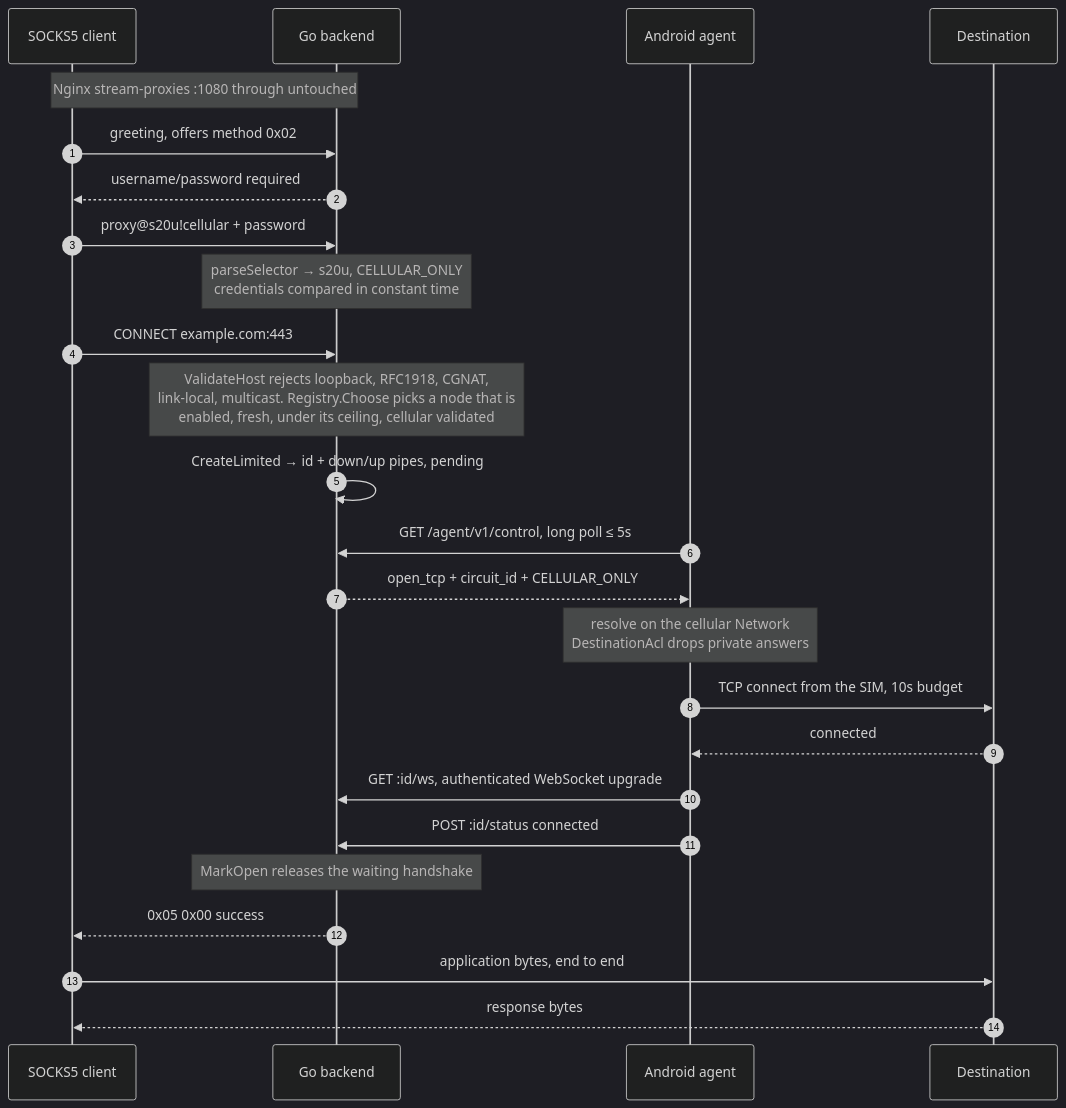
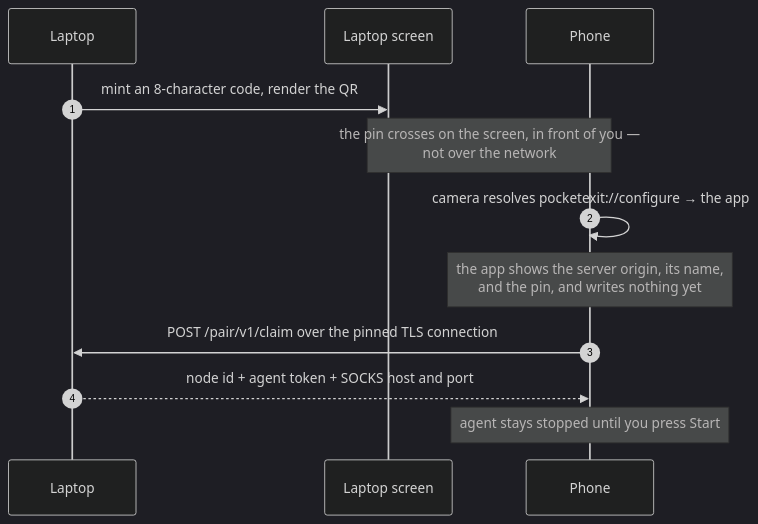
One commit to CesarPetrescu/PocketExit changed the second of 3 diagrams in README.md. Above: the diagram before and after it, drawn with Mermaid (dark theme). The commit also changed other lines of this file and 3 other files, not shown here.

````diff
--- a/README.md
+++ b/README.md
@@ -211,28 +136,14 @@
 ```mermaid
 sequenceDiagram
     autonumber
-    participant C as SOCKS5 client
-    participant G as Go backend
-    participant P as Android agent
-    participant D as Destination
-
-    Note over C,G: Nginx stream-proxies :1080 through untouched
-    C->>G: greeting, offers method 0x02
-    G-->>C: username/password required
-    C->>G: proxy@s20u!cellular + password
-    Note over G: parseSelector → s20u, CELLULAR_ONLY<br/>credentials compared in constant time
-    C->>G: CONNECT example.com:443
-    Note over G: ValidateHost rejects loopback, RFC1918, CGNAT,<br/>link-local, multicast. Registry.Choose picks a node that is<br/>enabled, fresh, under its ceiling, cellular validated
-    G->>G: CreateLimited → id + down/up pipes, pending
-    P->>G: GET /agent/v1/control, long poll ≤ 5s
-    G-->>P: open_tcp + circuit_id + CELLULAR_ONLY
-    Note over P: resolve on the cellular Network<br/>DestinationAcl drops private answers
-    P->>D: TCP connect from the SIM, 10s budget
-    D-->>P: connected
-    P->>G: GET :id/ws, authenticated WebSocket upgrade
-    P->>G: POST :id/status connected
-    Note over G: MarkOpen releases the waiting handshake
-    G-->>C: 0x05 0x00 success
-    C->>D: application bytes, end to end
-    D-->>C: response bytes
+    participant L as Laptop
+    participant S as Laptop screen
+    participant P as Phone
+    L->>S: mint an 8-character code, render the QR
+    Note over S,P: the pin crosses on the screen, in front of you —<br/>not over the network
+    P->>P: camera resolves pocketexit://configure → the app
+    Note over P: the app shows the server origin, its name,<br/>and the pin, and writes nothing yet
+    P->>L: POST /pair/v1/claim over the pinned TLS connection
+    L-->>P: node id + agent token + SOCKS host and port
+    Note over P: agent stays stopped until you press Start
 ```
````
